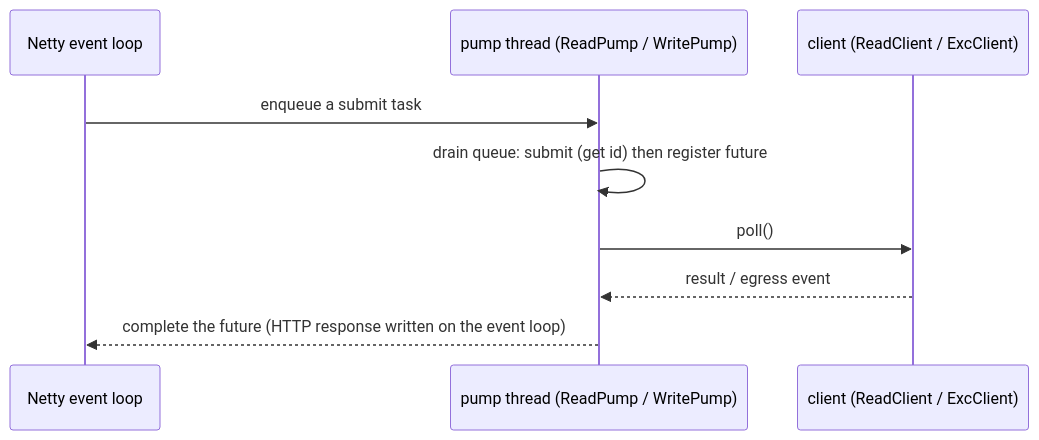
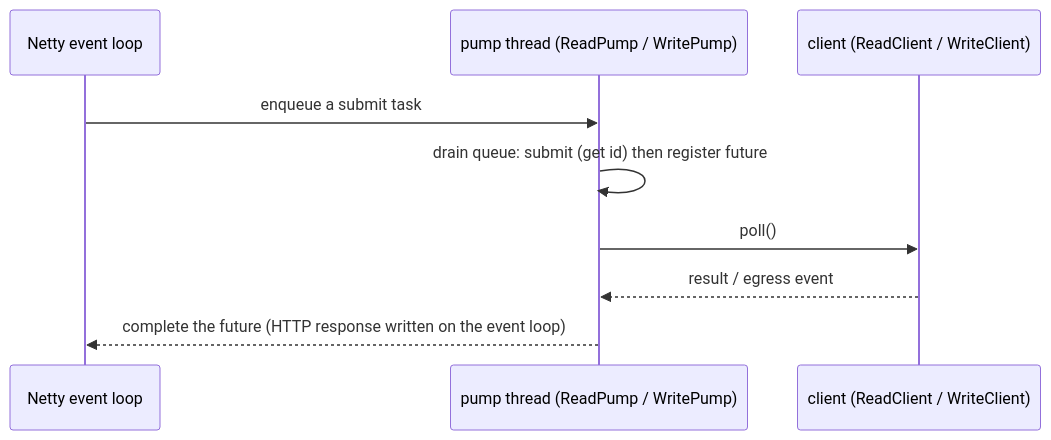
Before and after one commit to brianpht/excoredum: the second of 2 diagrams in docs/GATEWAY.md, drawn with Mermaid. The commit also changed other lines of this file and 60 other files, not shown here.

````diff
--- a/docs/GATEWAY.md
+++ b/docs/GATEWAY.md
@@ -78,12 +78,12 @@
 ```mermaid
 sequenceDiagram
     participant H as Netty event loop
     participant P as pump thread (ReadPump / WritePump)
-    participant C as client (ReadClient / ExcClient)
+    participant C as client (ReadClient / WriteClient)
 
     H->>P: enqueue a submit task
     P->>P: drain queue: submit (get id) then register future
     P->>C: poll()
     C-->>P: result / egress event
     P-->>H: complete the future (HTTP response written on the event loop)
 ```
````
